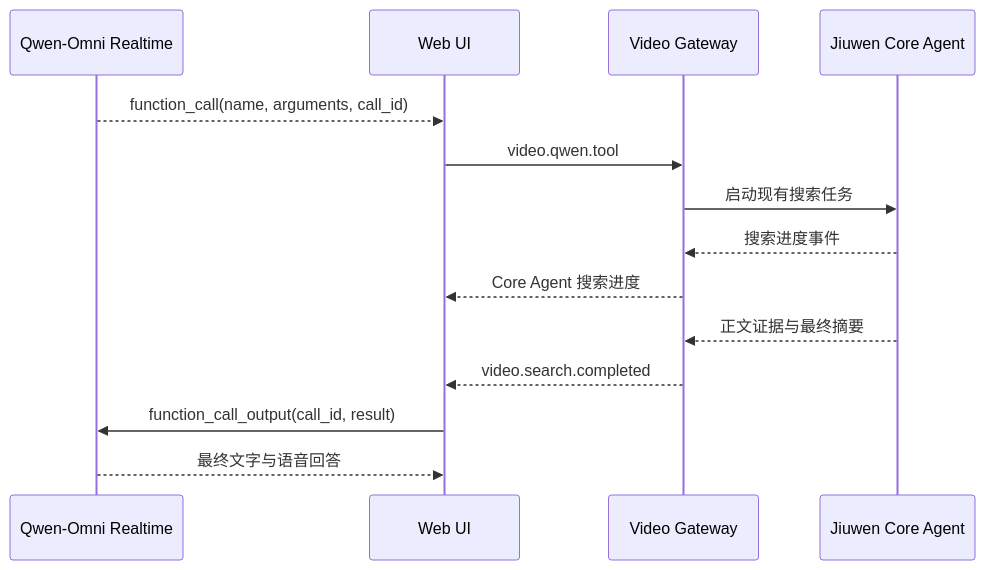
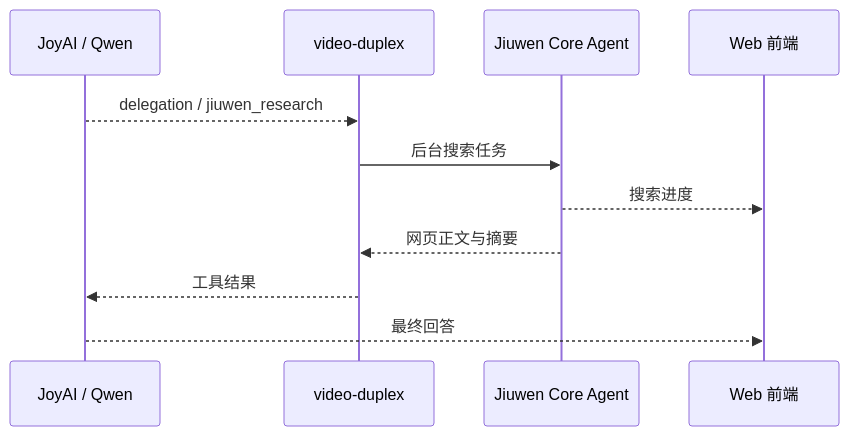
Before and after one commit to openJiuwen-ai/jiuwenclaw: the third of 3 diagrams in docs/zh/全双工.md, drawn with Mermaid. The commit also changed other lines of this file and 1 other file, not shown here.

Commit message:
docs(extensions): document UI-first duplex setup

````diff
--- a/docs/zh/全双工.md
+++ b/docs/zh/全双工.md
@@ -540,16 +139,13 @@
 ```mermaid
 sequenceDiagram
-    participant Q as Qwen-Omni Realtime
-    participant W as Web UI
-    participant G as Video Gateway
+    participant M as JoyAI / Qwen
+    participant P as video-duplex
     participant C as Jiuwen Core Agent
-    Q-->>W: function_call(name, arguments, call_id)
-    W->>G: video.qwen.tool
-    G->>C: 启动现有搜索任务
-    C-->>G: 搜索进度事件
-    G-->>W: Core Agent 搜索进度
-    C-->>G: 正文证据与最终摘要
-    G-->>W: video.search.completed
-    W->>Q: function_call_output(call_id, result)
-    Q-->>W: 最终文字与语音回答
+    participant U as Web 前端
+    M-->>P: delegation / jiuwen_research
+    P->>C: 后台搜索任务
+    C-->>U: 搜索进度
+    C-->>P: 网页正文与摘要
+    P-->>M: 工具结果
+    M-->>U: 最终回答
 ```
````
